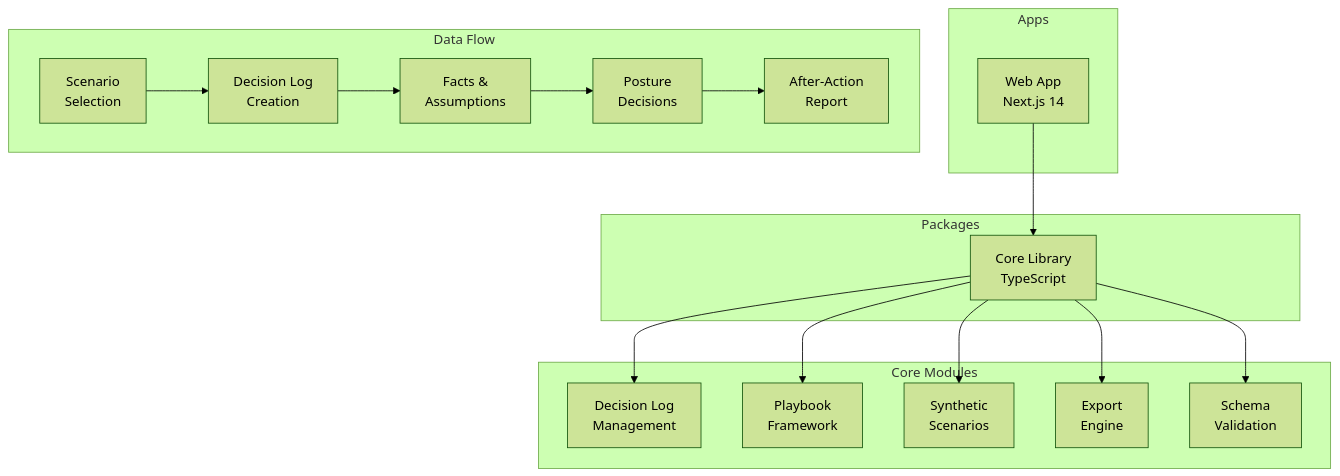
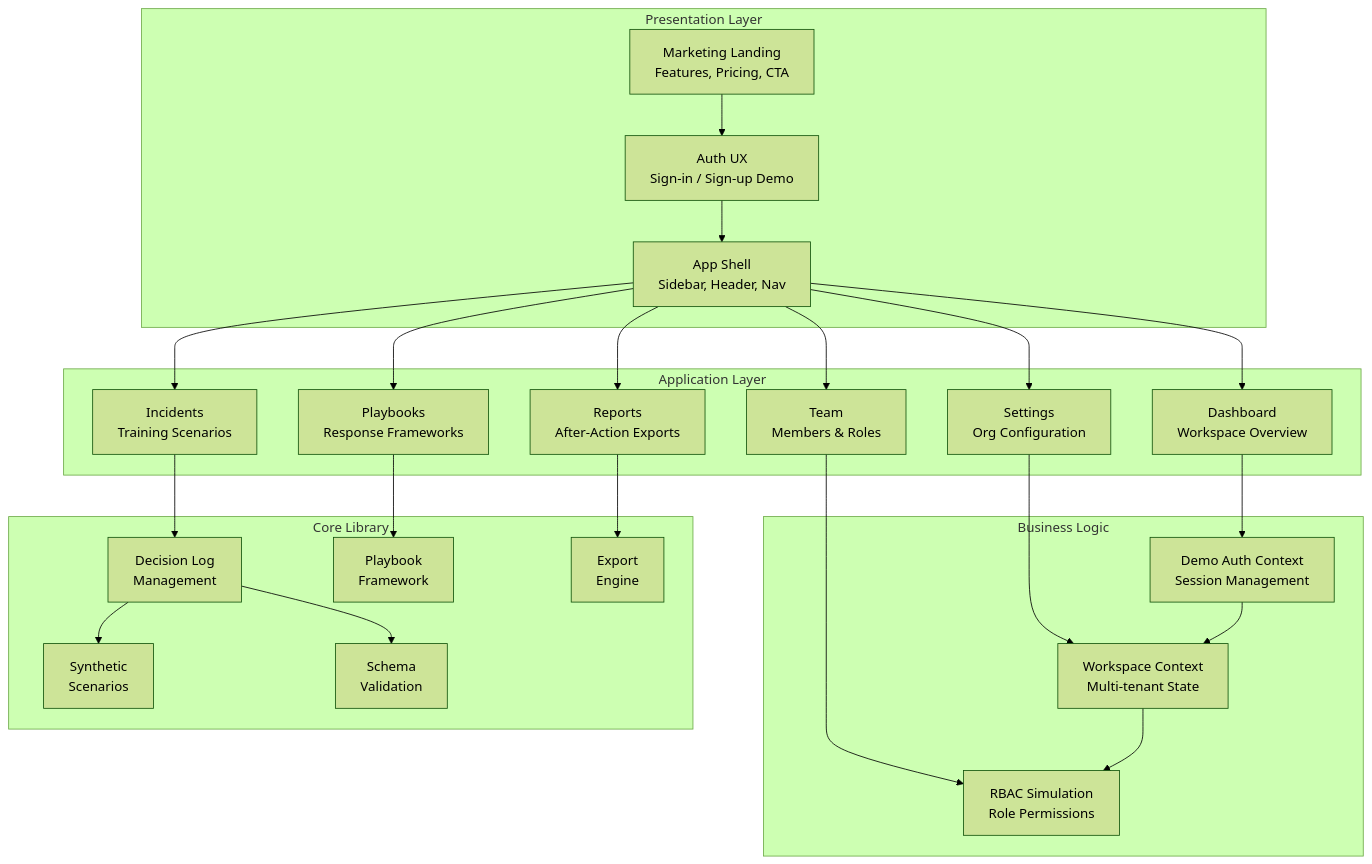
One commit to swb2019/gsoc-decision-ops changed the diagram in README.md. Above: the diagram before and after it, drawn with Mermaid (forest theme). The commit also changed other lines of this file and 21 other files, not shown here.

First line of the commit message:
feat: Add SaaS-style product shell with multi-tenant architecture

````diff
--- a/README.md
+++ b/README.md
@@ -83,33 +87,52 @@
 ```mermaid
 graph TB
-    subgraph "Apps"
-        WEB[Web App<br/>Next.js 14]
+    subgraph "Presentation Layer"
+        LANDING[Marketing Landing<br/>Features, Pricing, CTA]
+        AUTH[Auth UX<br/>Sign-in / Sign-up Demo]
+        APP[App Shell<br/>Sidebar, Header, Nav]
     end
 
-    subgraph "Packages"
-        CORE[Core Library<br/>TypeScript]
+    subgraph "Application Layer"
+        DASH[Dashboard<br/>Workspace Overview]
+        INC[Incidents<br/>Training Scenarios]
+        PBK[Playbooks<br/>Response Frameworks]
+        RPT[Reports<br/>After-Action Exports]
+        TEAM[Team<br/>Members & Roles]
+        SET[Settings<br/>Org Configuration]
     end
 
-    subgraph "Core Modules"
+    subgraph "Business Logic"
+        AUTHCTX[Demo Auth Context<br/>Session Management]
+        WSCTX[Workspace Context<br/>Multi-tenant State]
+        RBAC[RBAC Simulation<br/>Role Permissions]
+    end
+
+    subgraph "Core Library"
         DL[Decision Log<br/>Management]
         PB[Playbook<br/>Framework]
         SC[Synthetic<br/>Scenarios]
         EX[Export<br/>Engine]
         VAL[Schema<br/>Validation]
     end
 
-    WEB --> CORE
-    CORE --> DL
-    CORE --> PB
-    CORE --> SC
-    CORE --> EX
-    CORE --> VAL
+    LANDING --> AUTH
+    AUTH --> APP
+    APP --> DASH
+    APP --> INC
+    APP --> PBK
+    APP --> RPT
+    APP --> TEAM
+    APP --> SET
 
-    subgraph "Data Flow"
-        direction LR
-        SCENARIO[Scenario<br/>Selection] --> LOG[Decision Log<br/>Creation]
-        LOG --> FACTS[Facts &<br/>Assumptions]
-        FACTS --> DECISIONS[Posture<br/>Decisions]
-        DECISIONS --> EXPORT[After-Action<br/>Report]
-    end
+    DASH --> AUTHCTX
+    INC --> DL
+    PBK --> PB
+    RPT --> EX
+    TEAM --> RBAC
+    SET --> WSCTX
+
+    AUTHCTX --> WSCTX
+    WSCTX --> RBAC
+    DL --> SC
+    DL --> VAL
 ```
````
